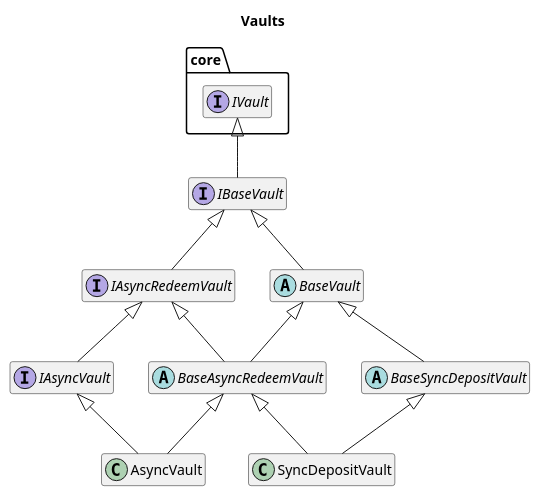
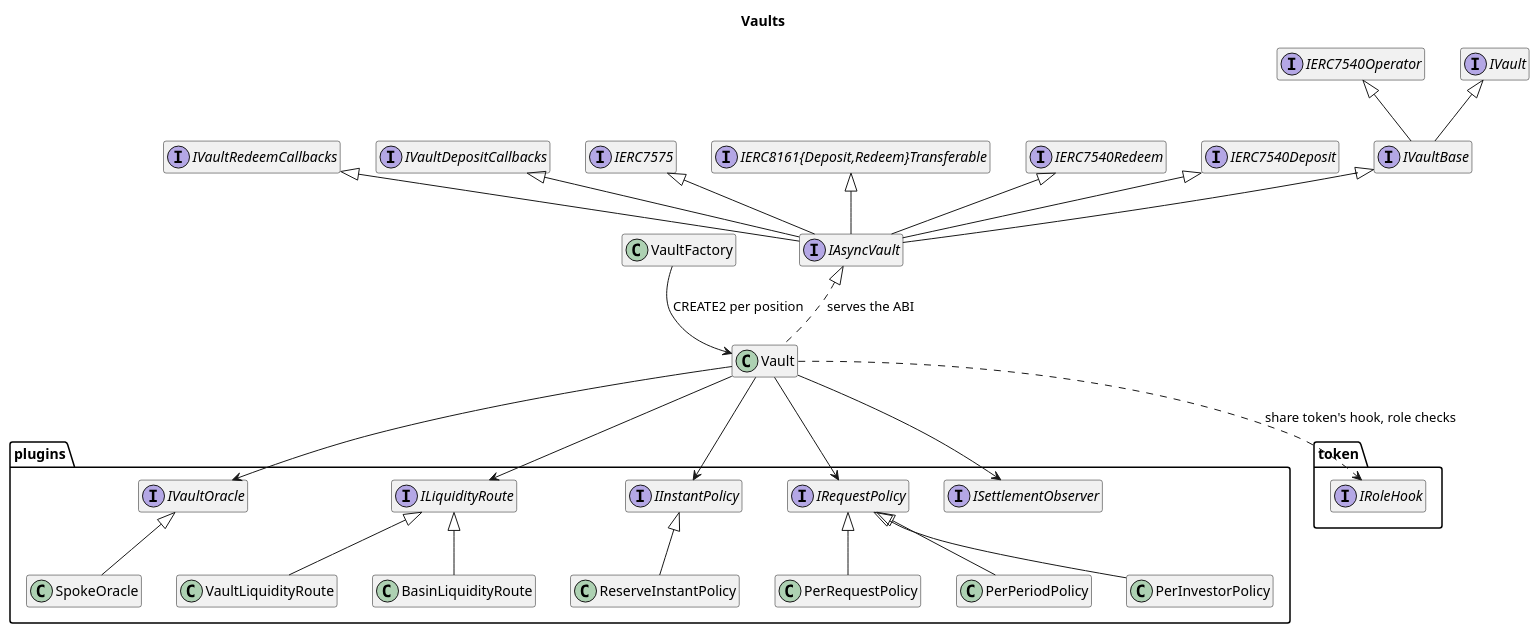
The diagram in docs/architecture/vaults/vaults.puml (centrifuge/protocol), drawn with PlantUML before and after one commit. The commit also changed 306 other files, not shown here.

```diff
--- a/docs/architecture/vaults/vaults.puml
+++ b/docs/architecture/vaults/vaults.puml
@@ -1,33 +1,66 @@
 @startuml vaults
 title Vaults
 hide empty members
 
-package core {
-    interface IVault
+interface IVault
+interface IVaultBase
+interface IAsyncVault
+interface IERC7540Deposit
+interface IERC7540Redeem
+interface IERC7540Operator
+interface "IERC8161{Deposit,Redeem}Transferable" as ITransferable
+interface IERC7575
+interface IVaultDepositCallbacks
+interface IVaultRedeemCallbacks
+
+IVaultBase -up-|> IVault
+IVaultBase -up-|> IERC7540Operator
+IAsyncVault -up-|> IVaultBase
+IAsyncVault -up-|> IERC7540Deposit
+IAsyncVault -up-|> IERC7540Redeem
+IAsyncVault -up-|> ITransferable
+IAsyncVault -up-|> IERC7575
+IAsyncVault -up-|> IVaultDepositCallbacks
+IAsyncVault -up-|> IVaultRedeemCallbacks
+
+class Vault
+class VaultFactory
+Vault .up.|> IAsyncVault : serves the ABI
+VaultFactory --> Vault : CREATE2 per position
+
+package plugins {
+    interface IRequestPolicy
+    interface IInstantPolicy
+    interface ILiquidityRoute
+    interface ISettlementObserver
+    interface IVaultOracle
+
+    class PerInvestorPolicy
+    class PerRequestPolicy
+    class PerPeriodPolicy
+    class ReserveInstantPolicy
+    class BasinLiquidityRoute
+    class VaultLiquidityRoute
+    class SpokeOracle
 }
 
-interface IBaseVault
-interface IAsyncRedeemVault
-interface IAsyncVault
+PerInvestorPolicy -up-|> IRequestPolicy
+PerRequestPolicy -up-|> IRequestPolicy
+PerPeriodPolicy -up-|> IRequestPolicy
+ReserveInstantPolicy -up-|> IInstantPolicy
+BasinLiquidityRoute -up-|> ILiquidityRoute
+VaultLiquidityRoute -up-|> ILiquidityRoute
+SpokeOracle -up-|> IVaultOracle
 
-IBaseVault -up-|> IVault
-IAsyncRedeemVault -up-|> IBaseVault
-IAsyncVault -up-|> IAsyncRedeemVault
+Vault --> IRequestPolicy
+Vault --> IInstantPolicy
+Vault --> ILiquidityRoute
+Vault --> ISettlementObserver
+Vault --> IVaultOracle
 
-abstract BaseVault
-abstract BaseAsyncRedeemVault
-abstract BaseSyncDepositVault
-class AsyncVault
-class SyncDepositVault
-
-BaseAsyncRedeemVault -up-|> BaseVault
-BaseSyncDepositVault -up-|> BaseVault
-AsyncVault -up-|> BaseAsyncRedeemVault
-SyncDepositVault -up-|> BaseAsyncRedeemVault
-SyncDepositVault -up-|> BaseSyncDepositVault
-
-BaseVault -up-|> IBaseVault
-BaseAsyncRedeemVault -up-|> IAsyncRedeemVault
-AsyncVault -up-|> IAsyncVault
+package token {
+    interface IRoleHook
+}
+Vault ..> IRoleHook : share token's hook, role checks
 
 @enduml
```
